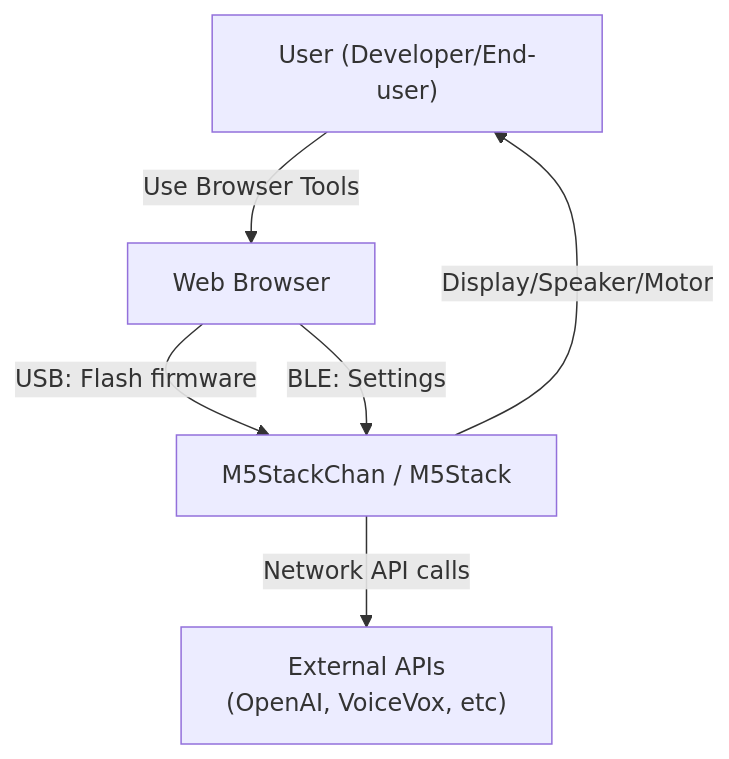
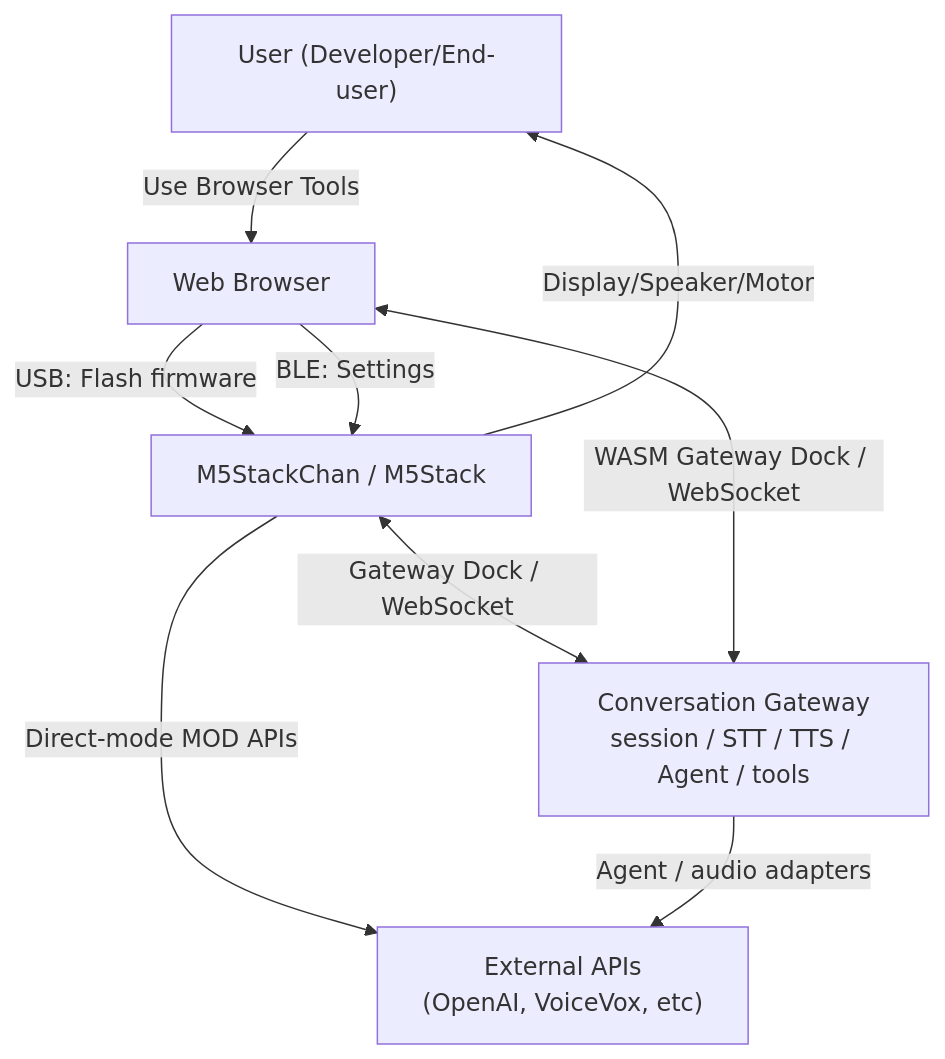
Before and after one commit to kumakumapon/stack-chan: the first of 2 diagrams in docs/ARCHITECTURE.md, drawn with Mermaid. The commit also changed other lines of this file and 9 other files, not shown here.

````diff
--- a/docs/ARCHITECTURE.md
+++ b/docs/ARCHITECTURE.md
@@ -5,13 +7,17 @@
 ```mermaid
 graph TB
     User["User (Developer/End-user)"]
     Browser["Web Browser"]
     Device["M5StackChan / M5Stack"]
     ExtAPI["External APIs<br/>(OpenAI, VoiceVox, etc)"]
+    Gateway["Conversation Gateway<br/>session / STT / TTS / Agent / tools"]
     
     User -->|"Use Browser Tools"| Browser
     Browser -->|"USB: Flash firmware"| Device
     Browser -->|"BLE: Settings"| Device
-    Device -->|"Network API calls"| ExtAPI
+    Device -->|"Direct-mode MOD APIs"| ExtAPI
+    Device <-->|"Gateway Dock / WebSocket"| Gateway
+    Browser <-->|"WASM Gateway Dock / WebSocket"| Gateway
+    Gateway -->|"Agent / audio adapters"| ExtAPI
     Device -->|"Display/Speaker/Motor"| User
 ```
````
